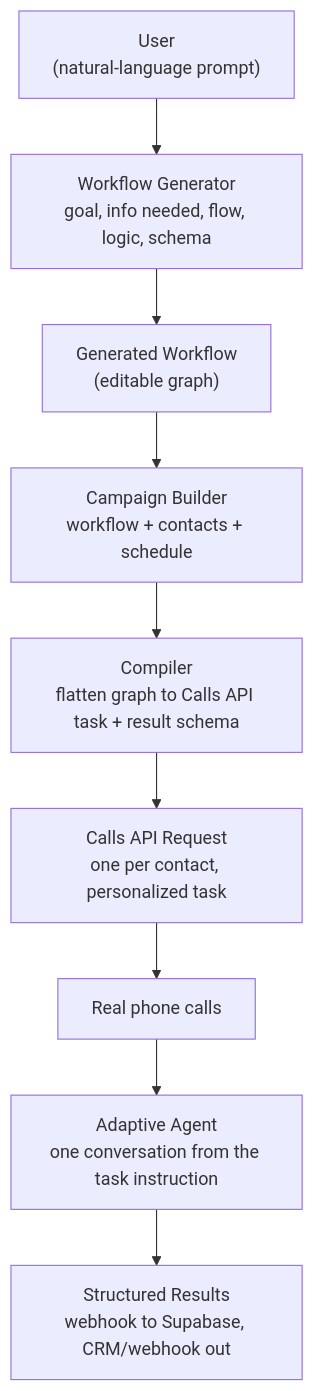
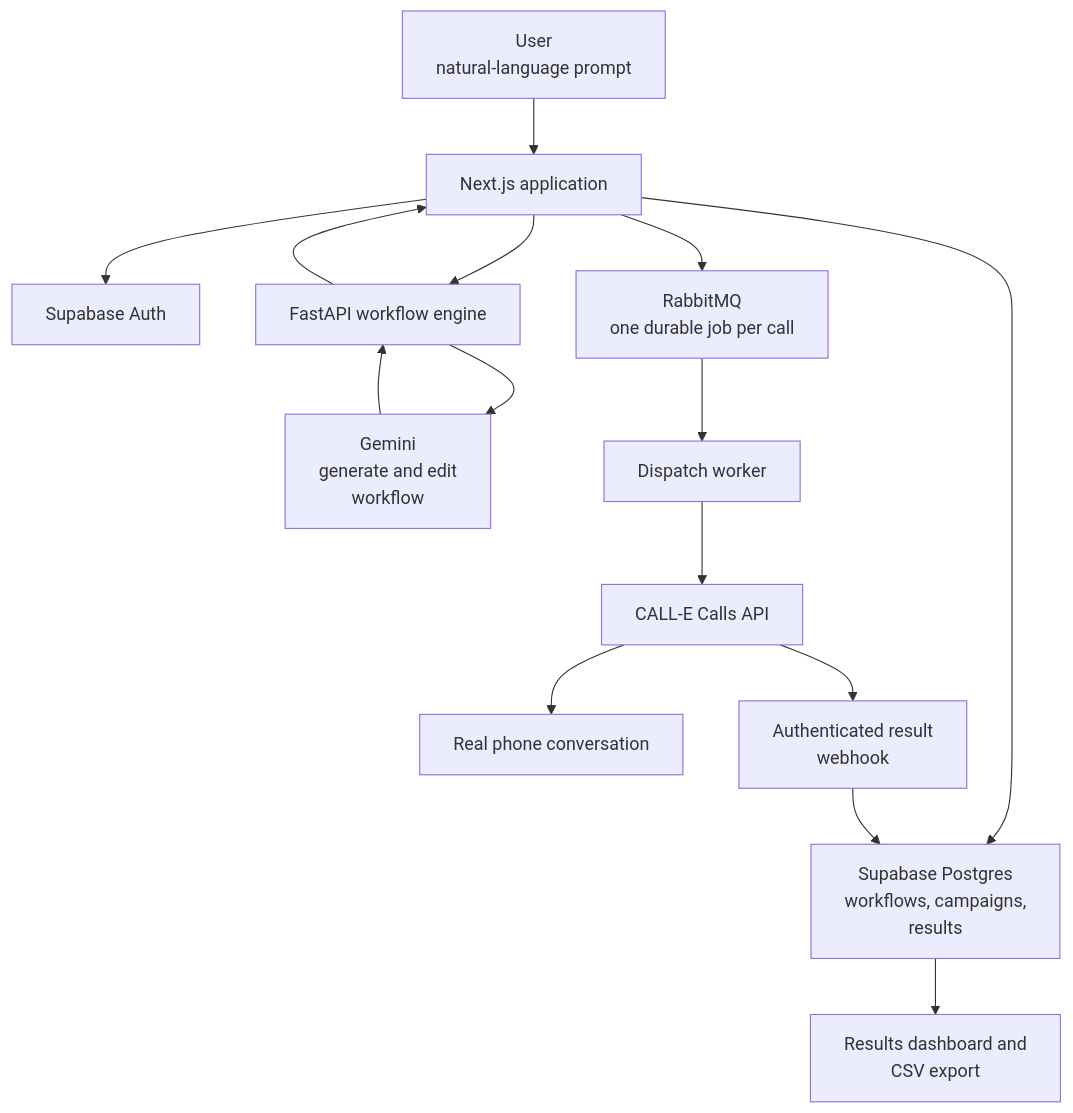
Before and after one commit to srijan399/veyra: the first of 3 diagrams in README.md, drawn with Mermaid. The commit also changed other lines of this file and 2 other files, not shown here.

````diff
--- a/README.md
+++ b/README.md
@@ -56,11 +184,17 @@
 ```mermaid
 flowchart TD
-A["User<br/>(natural-language prompt)"] --> B["Workflow Generator<br/>goal, info needed, flow, logic, schema"]
-B --> C["Generated Workflow<br/>(editable graph)"]
-C --> D["Campaign Builder<br/>workflow + contacts + schedule"]
-D --> E["Compiler<br/>flatten graph to Calls API task + result schema"]
-E --> F["Calls API Request<br/>one per contact, personalized task"]
-F --> G["Real phone calls"]
-G --> H["Adaptive Agent<br/>one conversation from the task instruction"]
-H --> I["Structured Results<br/>webhook to Supabase, CRM/webhook out"]
+    U["User<br/>natural-language prompt"] --> W["Next.js application"]
+    W --> A["Supabase Auth"]
+    W --> E["FastAPI workflow engine"]
+    E --> G["Gemini<br/>generate and edit <br />workflow"]
+    G --> E
+    E --> W
+    W --> D["Supabase Postgres<br/>workflows, campaigns, <br /> results"]
+    W --> Q["RabbitMQ<br/>one durable job per call"]
+    Q --> K["Dispatch worker"]
+    K --> C["CALL-E Calls API"]
+    C --> P["Real phone conversation"]
+    C --> H["Authenticated result <br />webhook"]
+    H --> D
+    D --> R["Results dashboard and <br />CSV export"]
 ```
````
